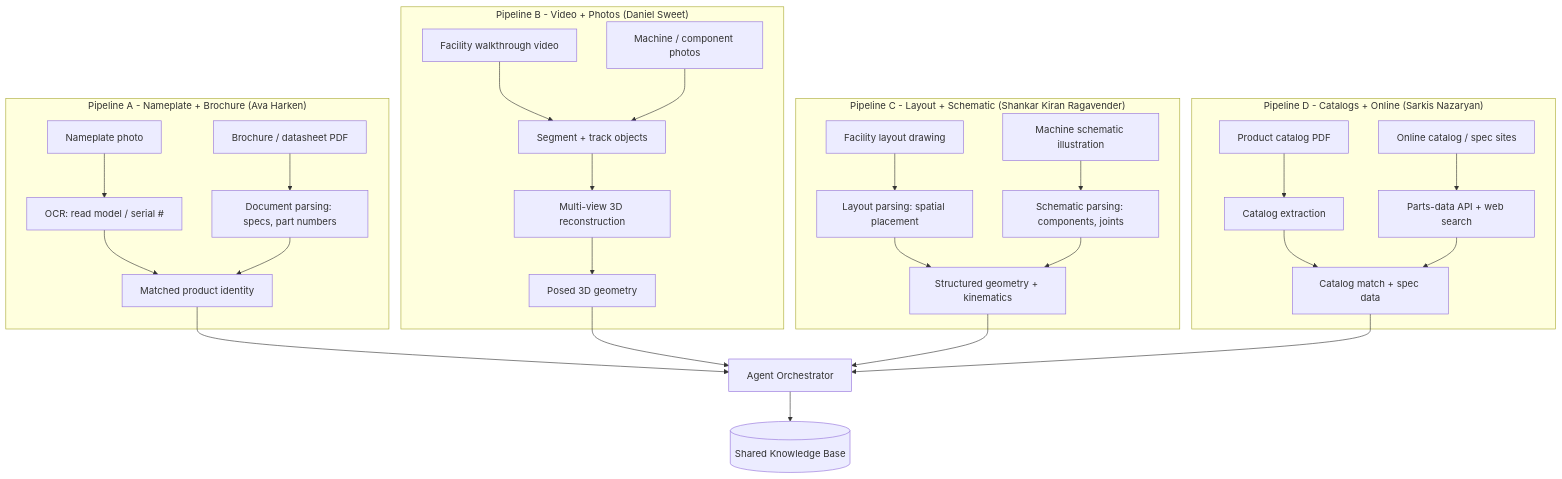
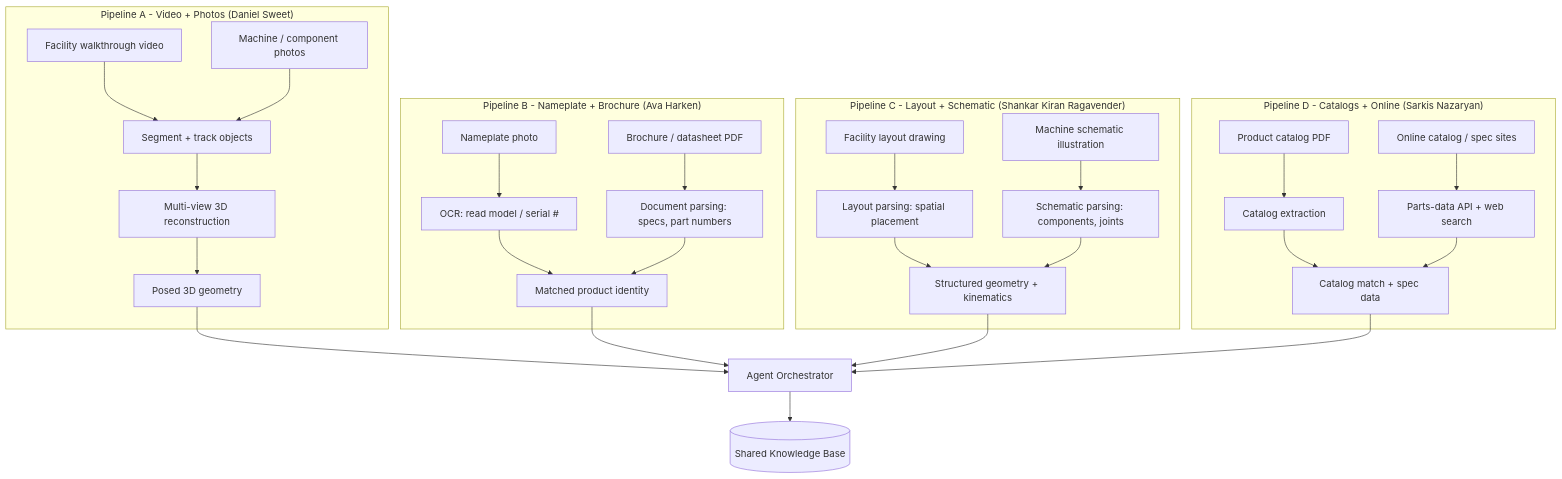
The fifth of 8 diagrams in README.md (DanSweet734/MoonWalkers---Multimodal-Digital-Twin-Agent-Platform), drawn with Mermaid before and after one commit.

Commit message:
Fixed title on Pipeline flowchart

````diff
--- a/README.md
+++ b/README.md
@@ -164,32 +164,32 @@
 ```mermaid
 flowchart TB
-  subgraph PA["Pipeline A - Nameplate + Brochure (Ava Harken)"]
-    A1["Nameplate photo"] --> A2["OCR: read model / serial #"]
-    A3["Brochure / datasheet PDF"] --> A4["Document parsing: specs, part numbers"]
-    A2 --> A5["Matched product identity"]
-    A4 --> A5
+  subgraph PA["Pipeline A - Video + Photos (Daniel Sweet)"]
+    A1["Facility walkthrough video"] --> A2["Segment + track objects"]
+    A3["Machine / component photos"] --> A2
+    A2 --> A4["Multi-view 3D reconstruction"]
+    A4 --> A5["Posed 3D geometry"]
   end
-  subgraph PB["Pipeline B - Video + Photos (Daniel Sweet)"]
-    B1["Facility walkthrough video"] --> B2["Segment + track objects"]
-    B3["Machine / component photos"] --> B2
-    B2 --> B4["Multi-view 3D reconstruction"]
-    B4 --> B5["Posed 3D geometry"]
+  subgraph PB["Pipeline B - Nameplate + Brochure (Ava Harken)"]
+    B1["Nameplate photo"] --> B2["OCR: read model / serial #"]
+    B3["Brochure / datasheet PDF"] --> B4["Document parsing: specs, part numbers"]
+    B2 --> B5["Matched product identity"]
+    B4 --> B5
   end
   subgraph PC["Pipeline C - Layout + Schematic (Shankar Kiran Ragavender)"]
     C1["Facility layout drawing"] --> C2["Layout parsing: spatial placement"]
     C3["Machine schematic illustration"] --> C4["Schematic parsing: components, joints"]
     C2 --> C5["Structured geometry + kinematics"]
     C4 --> C5
   end
   subgraph PD["Pipeline D - Catalogs + Online (Sarkis Nazaryan)"]
     D1["Product catalog PDF"] --> D2["Catalog extraction"]
     D3["Online catalog / spec sites"] --> D4["Parts-data API + web search"]
     D2 --> D5["Catalog match + spec data"]
     D4 --> D5
   end
   A5 --> AG["Agent Orchestrator"]
   B5 --> AG
   C5 --> AG
   D5 --> AG
   AG --> KG[("Shared Knowledge Base")]
 ```
````
